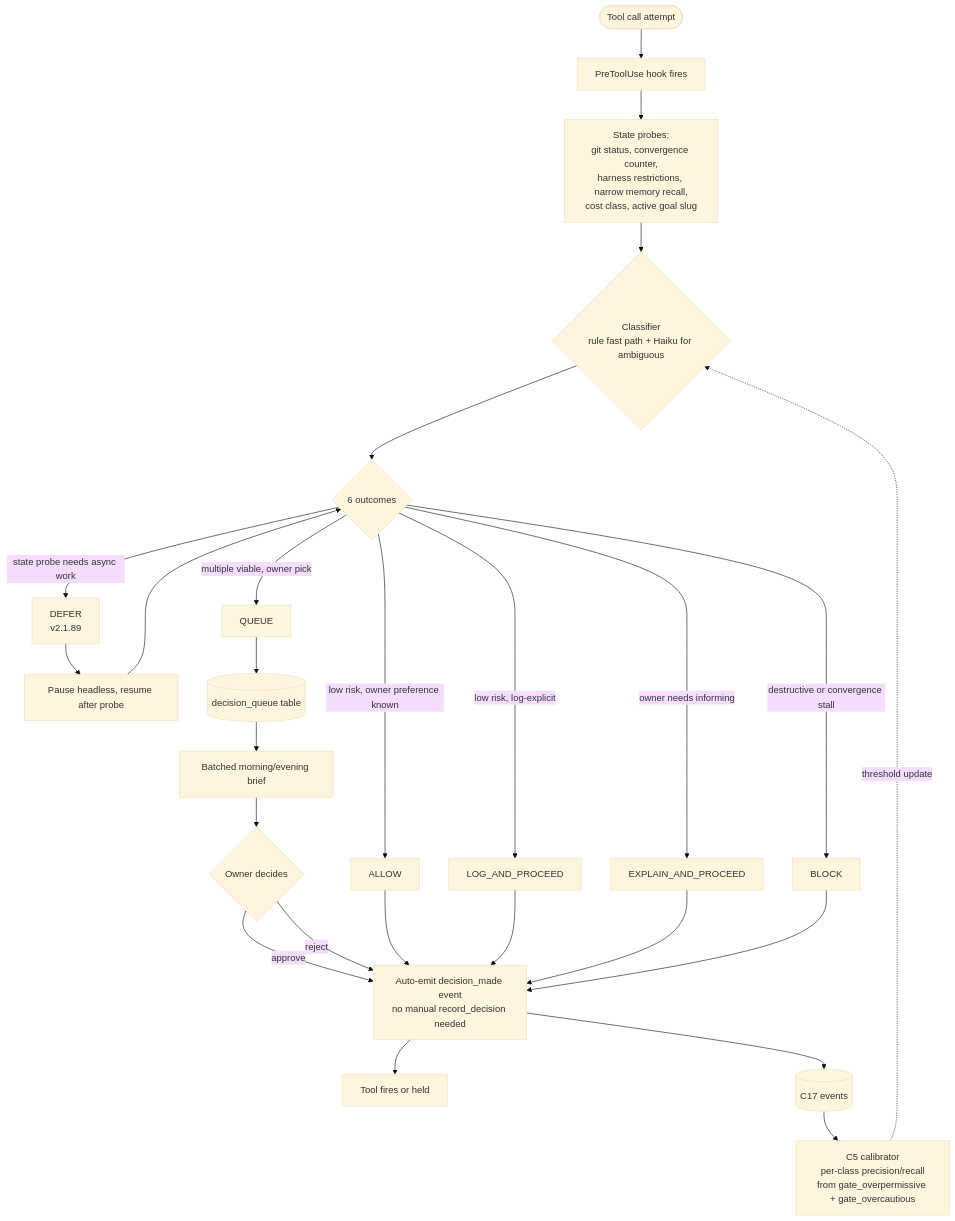
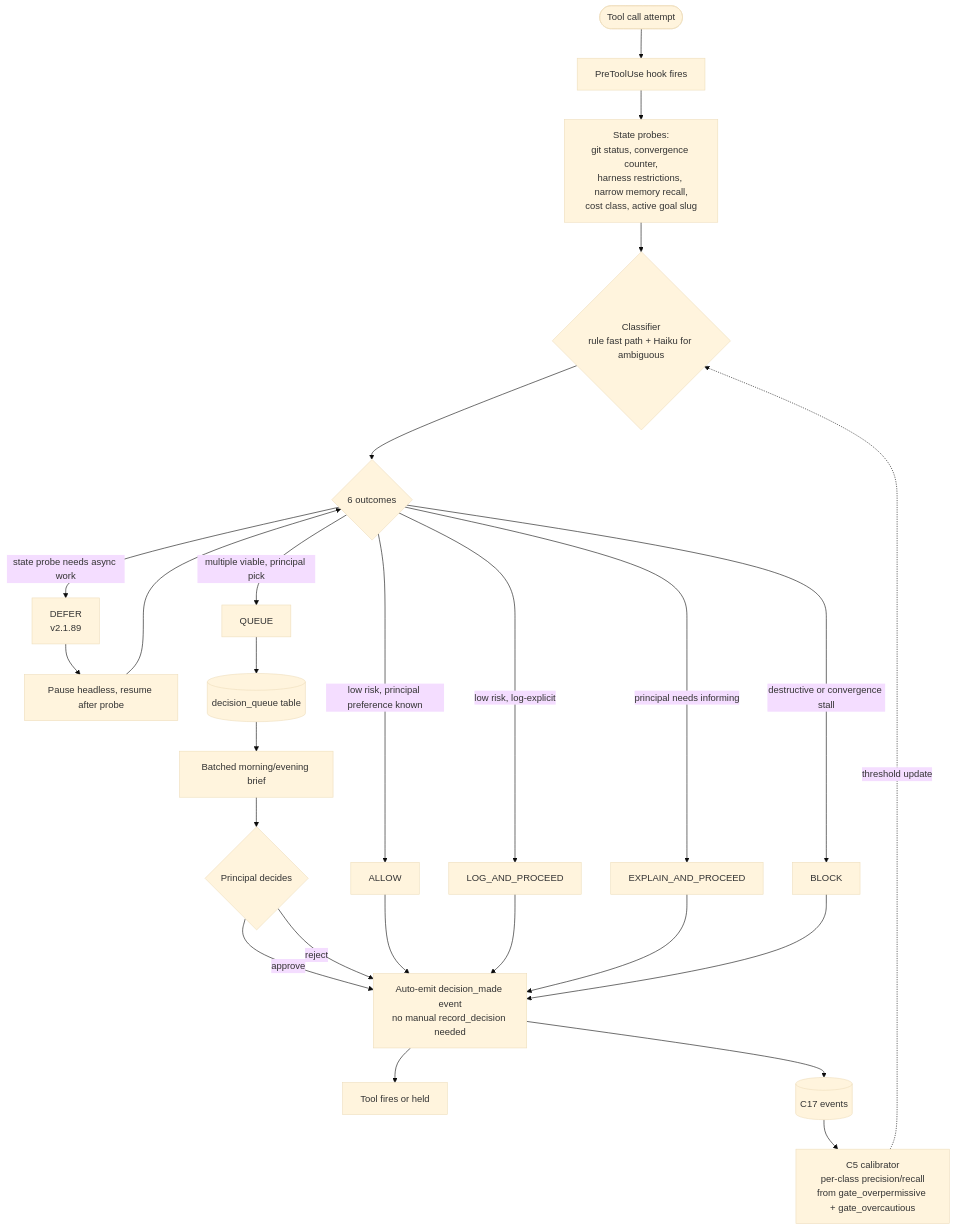
Before and after one commit to Osasuwu/jarvis: the third of 8 diagrams in docs/design/jarvis-flows.md, drawn with Mermaid (base theme). The commit also changed other lines of this file and 19 other files, not shown here.

````diff
--- a/docs/design/jarvis-flows.md
+++ b/docs/design/jarvis-flows.md
@@ -127,32 +127,32 @@
 ```mermaid
 flowchart TB
     start([Tool call attempt]) --> hook[PreToolUse hook fires]
     hook --> probes[State probes:<br/>git status, convergence counter,<br/>harness restrictions, narrow memory recall,<br/>cost class, active goal slug]
     probes --> classify{Classifier<br/>rule fast path + Haiku for ambiguous}
     classify --> outcome{6 outcomes}
 
-    outcome -->|low risk, owner preference known| allow[ALLOW]
+    outcome -->|low risk, principal preference known| allow[ALLOW]
     outcome -->|low risk, log-explicit| log[LOG_AND_PROCEED]
-    outcome -->|owner needs informing| explain[EXPLAIN_AND_PROCEED]
+    outcome -->|principal needs informing| explain[EXPLAIN_AND_PROCEED]
     outcome -->|state probe needs async work| defer[DEFER<br/>v2.1.89]
-    outcome -->|multiple viable, owner pick| queue[QUEUE]
+    outcome -->|multiple viable, principal pick| queue[QUEUE]
     outcome -->|destructive or convergence stall| block[BLOCK]
 
     defer --> resume[Pause headless, resume after probe] --> outcome
     queue --> qtbl[(decision_queue table)]
     qtbl --> brief[Batched morning/evening brief]
-    brief --> ownerd{Owner decides}
-    ownerd -->|approve| emit
-    ownerd -->|reject| emit
+    brief --> principald{Principal decides}
+    principald -->|approve| emit
+    principald -->|reject| emit
 
     allow --> emit
     log --> emit
     explain --> emit
     block --> emit
 
     emit[Auto-emit decision_made event<br/>no manual record_decision needed]
     emit --> action[Tool fires or held]
     emit --> events[(C17 events)]
     events --> calib[C5 calibrator<br/>per-class precision/recall<br/>from gate_overpermissive + gate_overcautious]
     calib -.->|threshold update| classify
 ```
````
